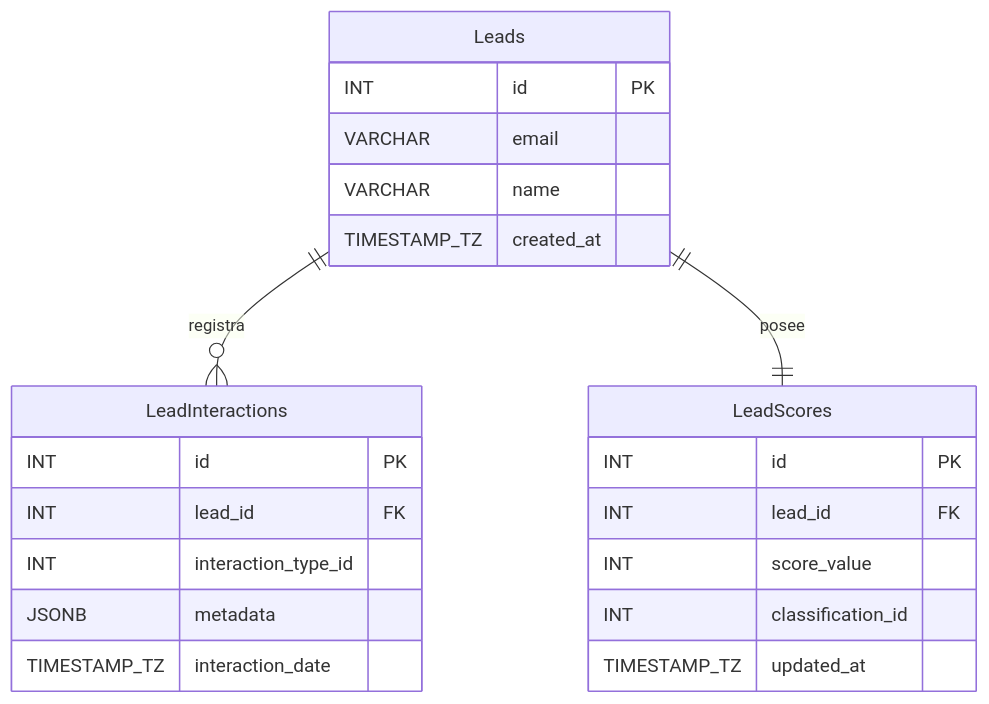
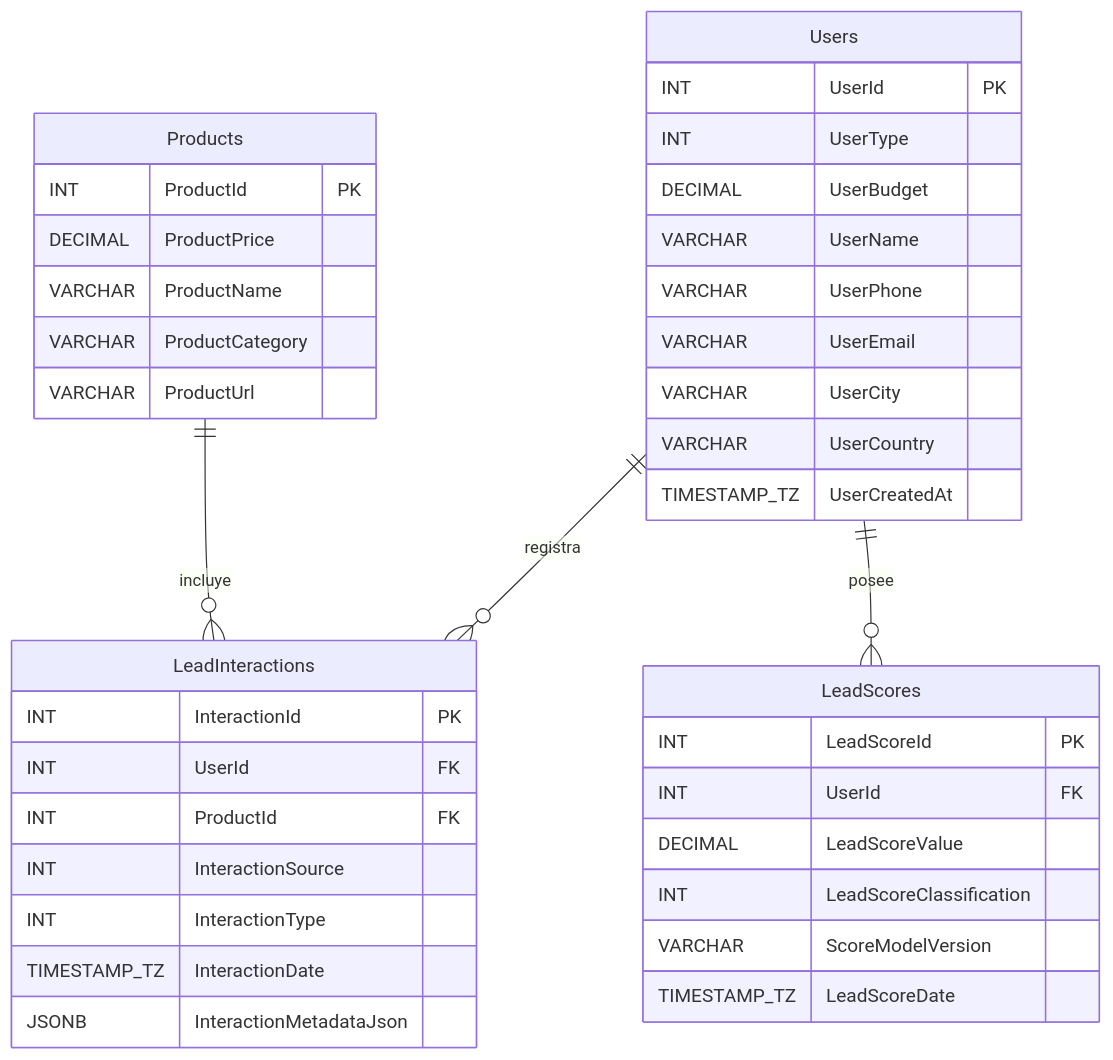
The second of 3 diagrams in README.md (No-Country-simulation/S02-26-Equipo-48--EquineLead), drawn with Mermaid before and after one commit. The commit also changed other lines of this file and 31 other files, not shown here.

````diff
--- a/README.md
+++ b/README.md
@@ -206,28 +230,45 @@
 ```mermaid
 erDiagram
-    Leads ||--o{ LeadInteractions : registra
-    Leads ||--|| LeadScores : posee
+    Users ||--o{ LeadInteractions : registra
+    Users ||--o{ LeadScores : posee
+    Products ||--o{ LeadInteractions : incluye
     
-    Leads {
-        INT id PK
-        VARCHAR email
-        VARCHAR name
-        TIMESTAMP_TZ created_at
+    Users {
+        INT UserId PK
+        INT UserType
+        DECIMAL UserBudget
+        VARCHAR UserName
+        VARCHAR UserPhone
+        VARCHAR UserEmail
+        VARCHAR UserCity
+        VARCHAR UserCountry
+        TIMESTAMP_TZ UserCreatedAt
+    }
+    
+    Products {
+        INT ProductId PK
+        DECIMAL ProductPrice
+        VARCHAR ProductName
+        VARCHAR ProductCategory
+        VARCHAR ProductUrl
     }
     
     LeadInteractions {
-        INT id PK
-        INT lead_id FK
-        INT interaction_type_id
-        JSONB metadata
-        TIMESTAMP_TZ interaction_date
+        INT InteractionId PK
+        INT UserId FK
+        INT ProductId FK
+        INT InteractionSource
+        INT InteractionType
+        TIMESTAMP_TZ InteractionDate
+        JSONB InteractionMetadataJson
     }
     
     LeadScores {
-        INT id PK
-        INT lead_id FK
-        INT score_value
-        INT classification_id
-        TIMESTAMP_TZ updated_at
+        INT LeadScoreId PK
+        INT UserId FK
+        DECIMAL LeadScoreValue
+        INT LeadScoreClassification
+        VARCHAR ScoreModelVersion
+        TIMESTAMP_TZ LeadScoreDate
     }
 ```
````
